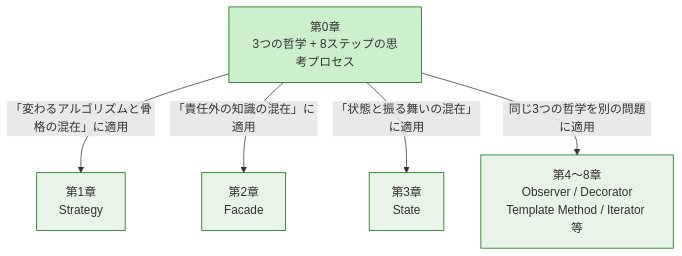
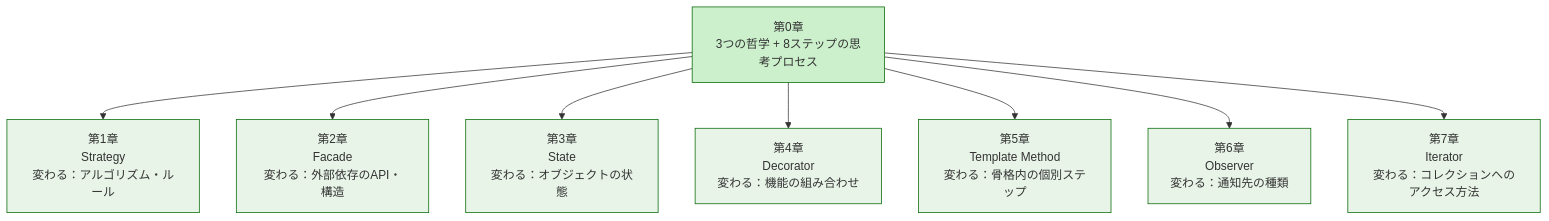
One commit to kumachan1101-pixel/DesignPattern changed the first of 9 diagrams in kindle/design-patterns/output/chapter00.md. Above: the diagram before and after it, drawn with Mermaid. The commit also changed other lines of this file, not shown here.

````diff
--- a/kindle/design-patterns/output/chapter00.md
+++ b/kindle/design-patterns/output/chapter00.md
@@ -43,19 +43,28 @@
 ```mermaid
 graph TD
     A["第0章<br/>3つの哲学 + 8ステップの思考プロセス"]
-    B["第1章<br/>Strategy"]
-    C["第2章<br/>Facade"]
-    D["第3章<br/>State"]
-    E["第4〜8章<br/>Observer / Decorator<br/>Template Method / Iterator 等"]
+    B["第1章<br/>Strategy<br/>変わる：アルゴリズム・ルール"]
+    C["第2章<br/>Facade<br/>変わる：外部依存のAPI・構造"]
+    D["第3章<br/>State<br/>変わる：オブジェクトの状態"]
+    E["第4章<br/>Decorator<br/>変わる：機能の組み合わせ"]
+    F["第5章<br/>Template Method<br/>変わる：骨格内の個別ステップ"]
+    G["第6章<br/>Observer<br/>変わる：通知先の種類"]
+    H["第7章<br/>Iterator<br/>変わる：コレクションへのアクセス方法"]
 
-    A -->|「変わるアルゴリズムと骨格の混在」に適用| B
-    A -->|「責任外の知識の混在」に適用| C
-    A -->|「状態と振る舞いの混在」に適用| D
-    A -->|同じ3つの哲学を別の問題に適用| E
+    A --> B
+    A --> C
+    A --> D
+    A --> E
+    A --> F
+    A --> G
+    A --> H
 
     style A fill:#ccf0cc,stroke:#006600
     style B fill:#e8f4e8,stroke:#006600
     style C fill:#e8f4e8,stroke:#006600
     style D fill:#e8f4e8,stroke:#006600
     style E fill:#e8f4e8,stroke:#006600
+    style F fill:#e8f4e8,stroke:#006600
+    style G fill:#e8f4e8,stroke:#006600
+    style H fill:#e8f4e8,stroke:#006600
 ```
````
